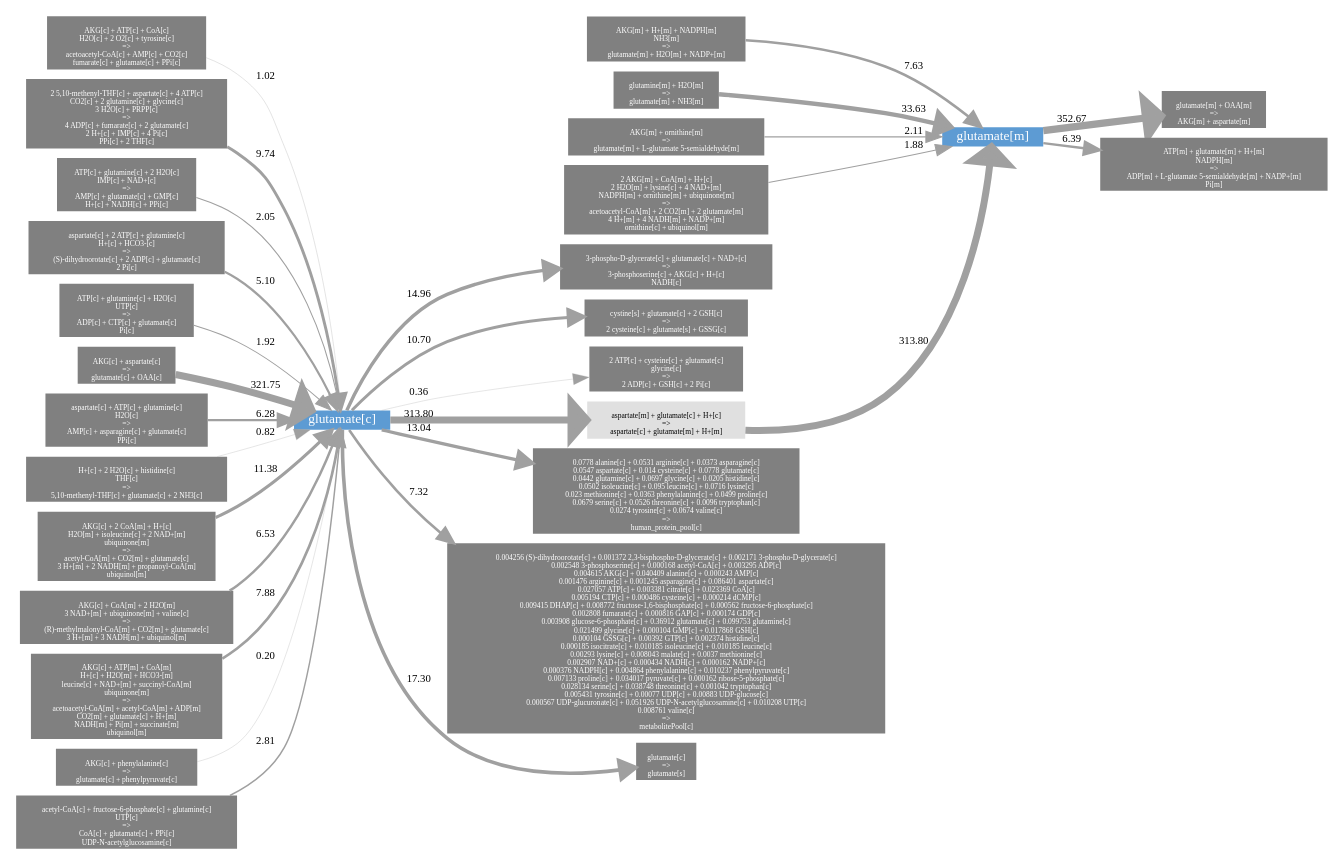
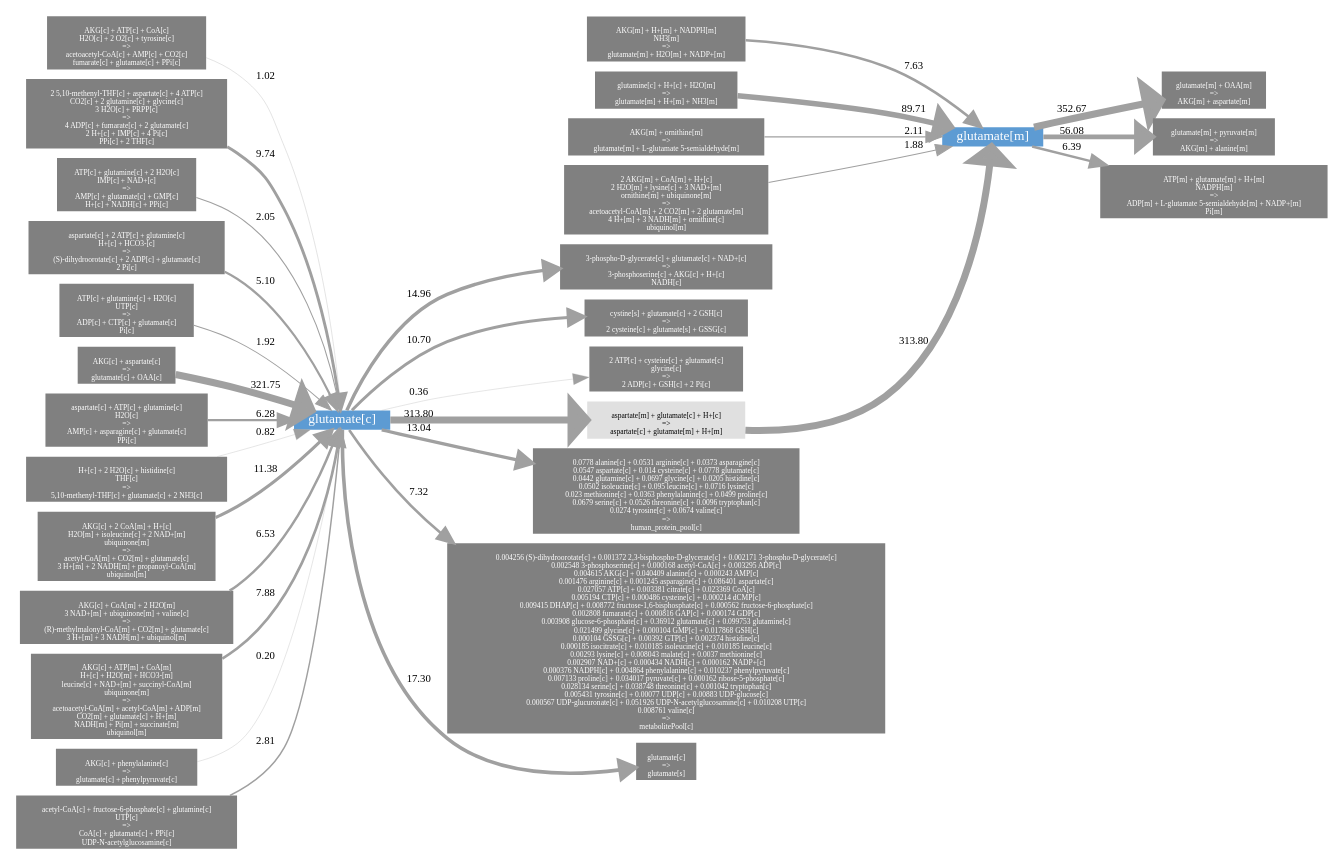
Before and after one commit to SysBioChalmers/LiverCellMetabolismSimulation: the diagram in displayNetwork/test.dot, drawn with Graphviz. The commit also changed 5 other files, not shown here.

```diff
--- a/displayNetwork/test.dot
+++ b/displayNetwork/test.dot
@@ -1,112 +1,116 @@
 digraph G {
 rankdir=LR;
 center = 1;
 size="10,10";
 1 [ label = "glutamate[c]", fontsize=25, shape="box" , fillcolor = "#5D9BD3", fontcolor = "#FFFFFF", style="filled,setlinewidth(0)"];
 2 [ label = "glutamate[m]", fontsize=25, shape="box" , fillcolor = "#5D9BD3", fontcolor = "#FFFFFF", style="filled,setlinewidth(0)"];
 3 [label = "
 AKG[c] + ATP[c] + CoA[c]\nH2O[c] + 2 O2[c] + tyrosine[c] \n=>
  acetoacetyl-CoA[c] + AMP[c] + CO2[c]\nfumarate[c] + glutamate[c] + PPi[c]\n", fillcolor = "#808080", fontcolor = "#FFFFFF", shape="box", style="filled,setlinewidth(0)"];
 4 [label = "
 2 5,10-methenyl-THF[c] + aspartate[c] + 4 ATP[c]\nCO2[c] + 2 glutamine[c] + glycine[c]\n3 H2O[c] + PRPP[c] \n=>
  4 ADP[c] + fumarate[c] + 2 glutamate[c]\n2 H+[c] + IMP[c] + 4 Pi[c]\nPPi[c] + 2 THF[c]\n", fillcolor = "#808080", fontcolor = "#FFFFFF", shape="box", style="filled,setlinewidth(0)"];
 5 [label = "
 ATP[c] + glutamine[c] + 2 H2O[c]\nIMP[c] + NAD+[c] \n=>
  AMP[c] + glutamate[c] + GMP[c]\nH+[c] + NADH[c] + PPi[c]\n", fillcolor = "#808080", fontcolor = "#FFFFFF", shape="box", style="filled,setlinewidth(0)"];
 6 [label = "
 aspartate[c] + 2 ATP[c] + glutamine[c]\nH+[c] + HCO3-[c] \n=>
  (S)-dihydroorotate[c] + 2 ADP[c] + glutamate[c]\n2 Pi[c]\n", fillcolor = "#808080", fontcolor = "#FFFFFF", shape="box", style="filled,setlinewidth(0)"];
 7 [label = "
 ATP[c] + glutamine[c] + H2O[c]\nUTP[c] \n=>
  ADP[c] + CTP[c] + glutamate[c]\nPi[c]\n", fillcolor = "#808080", fontcolor = "#FFFFFF", shape="box", style="filled,setlinewidth(0)"];
 8 [label = "
 AKG[m] + H+[m] + NADPH[m]\nNH3[m] \n=>
  glutamate[m] + H2O[m] + NADP+[m]\n", fillcolor = "#808080", fontcolor = "#FFFFFF", shape="box", style="filled,setlinewidth(0)"];
 9 [label = "
 glutamate[m] + OAA[m] \n=>
  AKG[m] + aspartate[m]\n", fillcolor = "#808080", fontcolor = "#FFFFFF", shape="box", style="filled,setlinewidth(0)"];
 10 [label = "
 AKG[c] + aspartate[c] \n=>
  glutamate[c] + OAA[c]\n", fillcolor = "#808080", fontcolor = "#FFFFFF", shape="box", style="filled,setlinewidth(0)"];
 11 [label = "
-glutamine[m] + H2O[m] \n=>
- glutamate[m] + NH3[m]\n", fillcolor = "#808080", fontcolor = "#FFFFFF", shape="box", style="filled,setlinewidth(0)"];
+glutamine[c] + H+[c] + H2O[m] \n=>
+ glutamate[m] + H+[m] + NH3[m]\n", fillcolor = "#808080", fontcolor = "#FFFFFF", shape="box", style="filled,setlinewidth(0)"];
 12 [label = "
 aspartate[c] + ATP[c] + glutamine[c]\nH2O[c] \n=>
  AMP[c] + asparagine[c] + glutamate[c]\nPPi[c]\n", fillcolor = "#808080", fontcolor = "#FFFFFF", shape="box", style="filled,setlinewidth(0)"];
 13 [label = "
+glutamate[m] + pyruvate[m] \n=>
+ AKG[m] + alanine[m]\n", fillcolor = "#808080", fontcolor = "#FFFFFF", shape="box", style="filled,setlinewidth(0)"];
+14 [label = "
 AKG[m] + ornithine[m] \n=>
  glutamate[m] + L-glutamate 5-semialdehyde[m]\n", fillcolor = "#808080", fontcolor = "#FFFFFF", shape="box", style="filled,setlinewidth(0)"];
-14 [label = "
+15 [label = "
 ATP[m] + glutamate[m] + H+[m]\nNADPH[m] \n=>
  ADP[m] + L-glutamate 5-semialdehyde[m] + NADP+[m]\nPi[m]\n", fillcolor = "#808080", fontcolor = "#FFFFFF", shape="box", style="filled,setlinewidth(0)"];
-15 [label = "
+16 [label = "
 3-phospho-D-glycerate[c] + glutamate[c] + NAD+[c] \n=>
  3-phosphoserine[c] + AKG[c] + H+[c]\nNADH[c]\n", fillcolor = "#808080", fontcolor = "#FFFFFF", shape="box", style="filled,setlinewidth(0)"];
-16 [label = "
+17 [label = "
 H+[c] + 2 H2O[c] + histidine[c]\nTHF[c] \n=>
  5,10-methenyl-THF[c] + glutamate[c] + 2 NH3[c]\n", fillcolor = "#808080", fontcolor = "#FFFFFF", shape="box", style="filled,setlinewidth(0)"];
-17 [label = "
-2 AKG[m] + CoA[m] + H+[c]\n2 H2O[m] + lysine[c] + 4 NAD+[m]\nNADPH[m] + ornithine[m] + ubiquinone[m] \n=>
- acetoacetyl-CoA[m] + 2 CO2[m] + 2 glutamate[m]\n4 H+[m] + 4 NADH[m] + NADP+[m]\nornithine[c] + ubiquinol[m]\n", fillcolor = "#808080", fontcolor = "#FFFFFF", shape="box", style="filled,setlinewidth(0)"];
 18 [label = "
+2 AKG[m] + CoA[m] + H+[c]\n2 H2O[m] + lysine[c] + 3 NAD+[m]\nornithine[m] + ubiquinone[m] \n=>
+ acetoacetyl-CoA[m] + 2 CO2[m] + 2 glutamate[m]\n4 H+[m] + 3 NADH[m] + ornithine[c]\nubiquinol[m]\n", fillcolor = "#808080", fontcolor = "#FFFFFF", shape="box", style="filled,setlinewidth(0)"];
+19 [label = "
 AKG[c] + 2 CoA[m] + H+[c]\nH2O[m] + isoleucine[c] + 2 NAD+[m]\nubiquinone[m] \n=>
  acetyl-CoA[m] + CO2[m] + glutamate[c]\n3 H+[m] + 2 NADH[m] + propanoyl-CoA[m]\nubiquinol[m]\n", fillcolor = "#808080", fontcolor = "#FFFFFF", shape="box", style="filled,setlinewidth(0)"];
-19 [label = "
+20 [label = "
 AKG[c] + CoA[m] + 2 H2O[m]\n3 NAD+[m] + ubiquinone[m] + valine[c] \n=>
  (R)-methylmalonyl-CoA[m] + CO2[m] + glutamate[c]\n3 H+[m] + 3 NADH[m] + ubiquinol[m]\n", fillcolor = "#808080", fontcolor = "#FFFFFF", shape="box", style="filled,setlinewidth(0)"];
-20 [label = "
+21 [label = "
 AKG[c] + ATP[m] + CoA[m]\nH+[c] + H2O[m] + HCO3-[m]\nleucine[c] + NAD+[m] + succinyl-CoA[m]\nubiquinone[m] \n=>
  acetoacetyl-CoA[m] + acetyl-CoA[m] + ADP[m]\nCO2[m] + glutamate[c] + H+[m]\nNADH[m] + Pi[m] + succinate[m]\nubiquinol[m]\n", fillcolor = "#808080", fontcolor = "#FFFFFF", shape="box", style="filled,setlinewidth(0)"];
-21 [label = "
+22 [label = "
 AKG[c] + phenylalanine[c] \n=>
  glutamate[c] + phenylpyruvate[c]\n", fillcolor = "#808080", fontcolor = "#FFFFFF", shape="box", style="filled,setlinewidth(0)"];
-22 [label = "
+23 [label = "
 cystine[s] + glutamate[c] + 2 GSH[c] \n=>
  2 cysteine[c] + glutamate[s] + GSSG[c]\n", fillcolor = "#808080", fontcolor = "#FFFFFF", shape="box", style="filled,setlinewidth(0)"];
-23 [label = "
+24 [label = "
 2 ATP[c] + cysteine[c] + glutamate[c]\nglycine[c] \n=>
  2 ADP[c] + GSH[c] + 2 Pi[c]\n", fillcolor = "#808080", fontcolor = "#FFFFFF", shape="box", style="filled,setlinewidth(0)"];
-24 [label = "
+25 [label = "
 acetyl-CoA[c] + fructose-6-phosphate[c] + glutamine[c]\nUTP[c] \n=>
  CoA[c] + glutamate[c] + PPi[c]\nUDP-N-acetylglucosamine[c]\n", fillcolor = "#808080", fontcolor = "#FFFFFF", shape="box", style="filled,setlinewidth(0)"];
-25 [label = "
+26 [label = "
 aspartate[m] + glutamate[c] + H+[c] \n=>
  aspartate[c] + glutamate[m] + H+[m]\n", fillcolor = "#E0E0E0", shape="box", style="filled,setlinewidth(0)"];
-26 [label = "
+27 [label = "
 0.0778 alanine[c] + 0.0531 arginine[c] + 0.0373 asparagine[c]\n0.0547 aspartate[c] + 0.014 cysteine[c] + 0.0778 glutamate[c]\n0.0442 glutamine[c] + 0.0697 glycine[c] + 0.0205 histidine[c]\n0.0502 isoleucine[c] + 0.095 leucine[c] + 0.0716 lysine[c]\n0.023 methionine[c] + 0.0363 phenylalanine[c] + 0.0499 proline[c]\n0.0679 serine[c] + 0.0526 threonine[c] + 0.0096 tryptophan[c]\n0.0274 tyrosine[c] + 0.0674 valine[c] \n=>
  human_protein_pool[c]\n", fillcolor = "#808080", fontcolor = "#FFFFFF", shape="box", style="filled,setlinewidth(0)"];
-27 [label = "
+28 [label = "
 0.004256 (S)-dihydroorotate[c] + 0.001372 2,3-bisphospho-D-glycerate[c] + 0.002171 3-phospho-D-glycerate[c]\n0.002548 3-phosphoserine[c] + 0.000168 acetyl-CoA[c] + 0.003295 ADP[c]\n0.004615 AKG[c] + 0.040409 alanine[c] + 0.000243 AMP[c]\n0.001476 arginine[c] + 0.001245 asparagine[c] + 0.086401 aspartate[c]\n0.027057 ATP[c] + 0.003381 citrate[c] + 0.023369 CoA[c]\n0.005194 CTP[c] + 0.000486 cysteine[c] + 0.000214 dCMP[c]\n0.009415 DHAP[c] + 0.008772 fructose-1,6-bisphosphate[c] + 0.000562 fructose-6-phosphate[c]\n0.002808 fumarate[c] + 0.000816 GAP[c] + 0.000174 GDP[c]\n0.003908 glucose-6-phosphate[c] + 0.36912 glutamate[c] + 0.099753 glutamine[c]\n0.021499 glycine[c] + 0.000104 GMP[c] + 0.017868 GSH[c]\n0.000104 GSSG[c] + 0.00392 GTP[c] + 0.002374 histidine[c]\n0.000185 isocitrate[c] + 0.010185 isoleucine[c] + 0.010185 leucine[c]\n0.00293 lysine[c] + 0.008043 malate[c] + 0.0037 methionine[c]\n0.002907 NAD+[c] + 0.000434 NADH[c] + 0.000162 NADP+[c]\n0.000376 NADPH[c] + 0.004864 phenylalanine[c] + 0.010237 phenylpyruvate[c]\n0.007133 proline[c] + 0.034017 pyruvate[c] + 0.000162 ribose-5-phosphate[c]\n0.028134 serine[c] + 0.038748 threonine[c] + 0.001042 tryptophan[c]\n0.005431 tyrosine[c] + 0.00077 UDP[c] + 0.00883 UDP-glucose[c]\n0.000567 UDP-glucuronate[c] + 0.051926 UDP-N-acetylglucosamine[c] + 0.010208 UTP[c]\n0.008761 valine[c] \n=>
  metabolitePool[c]\n", fillcolor = "#808080", fontcolor = "#FFFFFF", shape="box", style="filled,setlinewidth(0)"];
-28 [label = "
+29 [label = "
 glutamate[c] \n=>
  glutamate[s]\n", fillcolor = "#808080", fontcolor = "#FFFFFF", shape="box", style="filled,setlinewidth(0)"];
-1 -> 15 [label = "14.96", arrowsize=3.00, fontsize=20, color="#A0A0A0", penwidth=6.375036];
-1 -> 22 [label = "10.70", arrowsize=3.00, fontsize=20, color="#A0A0A0", penwidth=5.646919];
-1 -> 23 [label = "0.36", arrowsize=3.00, fontsize=20, color="#A0A0A0", penwidth=0.500000];
-1 -> 25 [label = "313.80", arrowsize=3.00, fontsize=20, color="#A0A0A0", penwidth=12.983295];
-1 -> 26 [label = "13.04", arrowsize=3.00, fontsize=20, color="#A0A0A0", penwidth=6.076203];
-1 -> 27 [label = "7.32", arrowsize=3.00, fontsize=20, color="#A0A0A0", penwidth=4.821326];
-1 -> 28 [label = "17.30", arrowsize=3.00, fontsize=20, color="#A0A0A0", penwidth=6.690231];
+1 -> 16 [label = "14.96", arrowsize=3.00, fontsize=20, color="#A0A0A0", penwidth=6.375036];
+1 -> 23 [label = "10.70", arrowsize=3.00, fontsize=20, color="#A0A0A0", penwidth=5.646919];
+1 -> 24 [label = "0.36", arrowsize=3.00, fontsize=20, color="#A0A0A0", penwidth=0.500000];
+1 -> 26 [label = "313.80", arrowsize=3.00, fontsize=20, color="#A0A0A0", penwidth=12.983295];
+1 -> 27 [label = "13.04", arrowsize=3.00, fontsize=20, color="#A0A0A0", penwidth=6.076203];
+1 -> 28 [label = "7.32", arrowsize=3.00, fontsize=20, color="#A0A0A0", penwidth=4.821326];
+1 -> 29 [label = "17.30", arrowsize=3.00, fontsize=20, color="#A0A0A0", penwidth=6.690231];
 2 -> 9 [label = "352.67", arrowsize=3.00, fontsize=20, color="#A0A0A0", penwidth=13.236851];
-2 -> 14 [label = "6.39", arrowsize=3.00, fontsize=20, color="#A0A0A0", penwidth=4.528494];
+2 -> 13 [label = "56.08", arrowsize=3.00, fontsize=20, color="#A0A0A0", penwidth=9.244048];
+2 -> 15 [label = "6.39", arrowsize=3.00, fontsize=20, color="#A0A0A0", penwidth=4.528494];
 3 -> 1 [label = "1.02", arrowsize=3.00, fontsize=20, color="#A0A0A0", penwidth=0.537164];
 4 -> 1 [label = "9.74", arrowsize=3.00, fontsize=20, color="#A0A0A0", penwidth=5.442581];
 5 -> 1 [label = "2.05", arrowsize=3.00, fontsize=20, color="#A0A0A0", penwidth=2.063520];
 6 -> 1 [label = "5.10", arrowsize=3.00, fontsize=20, color="#A0A0A0", penwidth=4.039772];
 7 -> 1 [label = "1.92", arrowsize=3.00, fontsize=20, color="#A0A0A0", penwidth=1.918662];
 8 -> 2 [label = "7.63", arrowsize=3.00, fontsize=20, color="#A0A0A0", penwidth=4.913579];
 10 -> 1 [label = "321.75", arrowsize=3.00, fontsize=20, color="#A0A0A0", penwidth=13.037569];
-11 -> 2 [label = "33.63", arrowsize=3.00, fontsize=20, color="#A0A0A0", penwidth=8.133687];
+11 -> 2 [label = "89.71", arrowsize=3.00, fontsize=20, color="#A0A0A0", penwidth=10.264229];
 12 -> 1 [label = "6.28", arrowsize=3.00, fontsize=20, color="#A0A0A0", penwidth=4.488404];
-13 -> 2 [label = "2.11", arrowsize=3.00, fontsize=20, color="#A0A0A0", penwidth=2.122906];
-16 -> 1 [label = "0.82", arrowsize=3.00, fontsize=20, color="#A0A0A0", penwidth=0.500000];
-17 -> 2 [label = "1.88", arrowsize=3.00, fontsize=20, color="#A0A0A0", penwidth=1.875695];
-18 -> 1 [label = "11.38", arrowsize=3.00, fontsize=20, color="#A0A0A0", penwidth=5.781640];
-19 -> 1 [label = "6.53", arrowsize=3.00, fontsize=20, color="#A0A0A0", penwidth=4.574718];
-20 -> 1 [label = "7.88", arrowsize=3.00, fontsize=20, color="#A0A0A0", penwidth=4.981697];
-21 -> 1 [label = "0.20", arrowsize=3.00, fontsize=20, color="#A0A0A0", penwidth=0.500000];
-24 -> 1 [label = "2.81", arrowsize=3.00, fontsize=20, color="#A0A0A0", penwidth=2.742213];
-25 -> 2 [label = "313.80", arrowsize=3.00, fontsize=20, color="#A0A0A0", penwidth=12.983295];
+14 -> 2 [label = "2.11", arrowsize=3.00, fontsize=20, color="#A0A0A0", penwidth=2.122906];
+17 -> 1 [label = "0.82", arrowsize=3.00, fontsize=20, color="#A0A0A0", penwidth=0.500000];
+18 -> 2 [label = "1.88", arrowsize=3.00, fontsize=20, color="#A0A0A0", penwidth=1.875695];
+19 -> 1 [label = "11.38", arrowsize=3.00, fontsize=20, color="#A0A0A0", penwidth=5.781640];
+20 -> 1 [label = "6.53", arrowsize=3.00, fontsize=20, color="#A0A0A0", penwidth=4.574718];
+21 -> 1 [label = "7.88", arrowsize=3.00, fontsize=20, color="#A0A0A0", penwidth=4.981697];
+22 -> 1 [label = "0.20", arrowsize=3.00, fontsize=20, color="#A0A0A0", penwidth=0.500000];
+25 -> 1 [label = "2.81", arrowsize=3.00, fontsize=20, color="#A0A0A0", penwidth=2.742213];
+26 -> 2 [label = "313.80", arrowsize=3.00, fontsize=20, color="#A0A0A0", penwidth=12.983295];
 }
```
